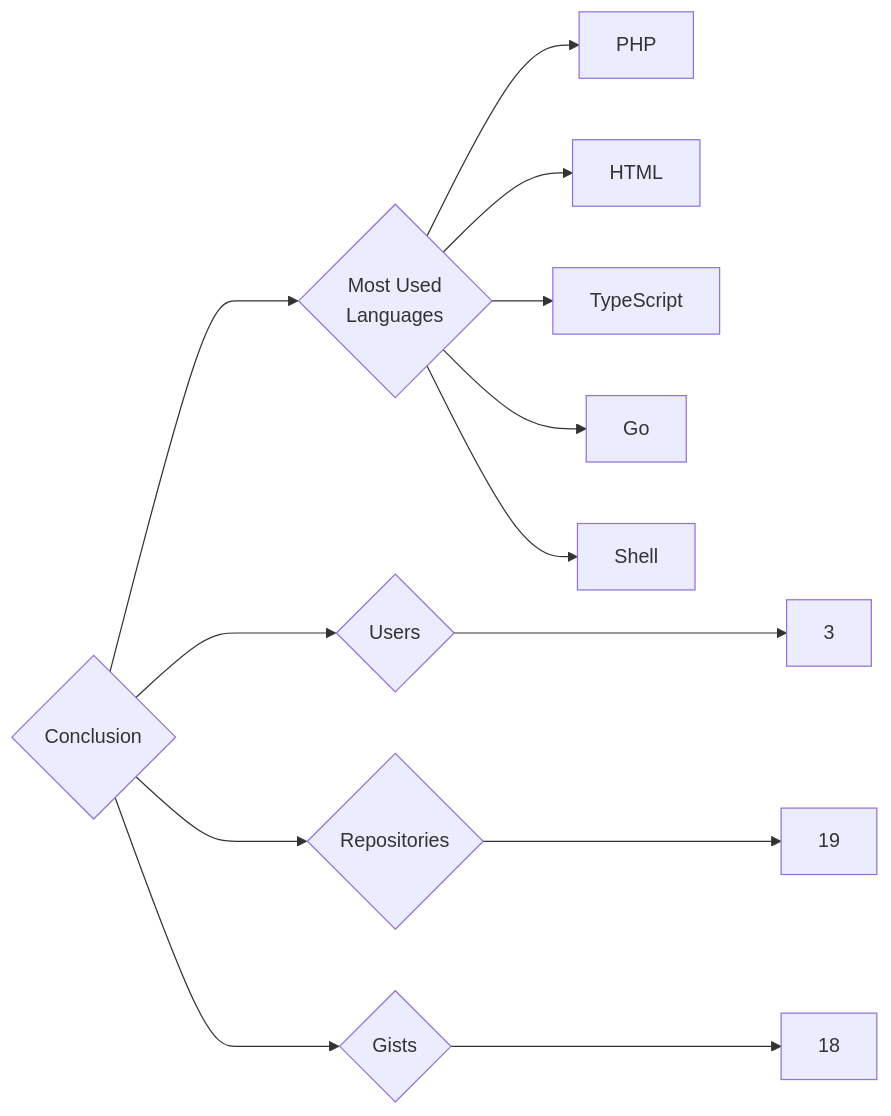
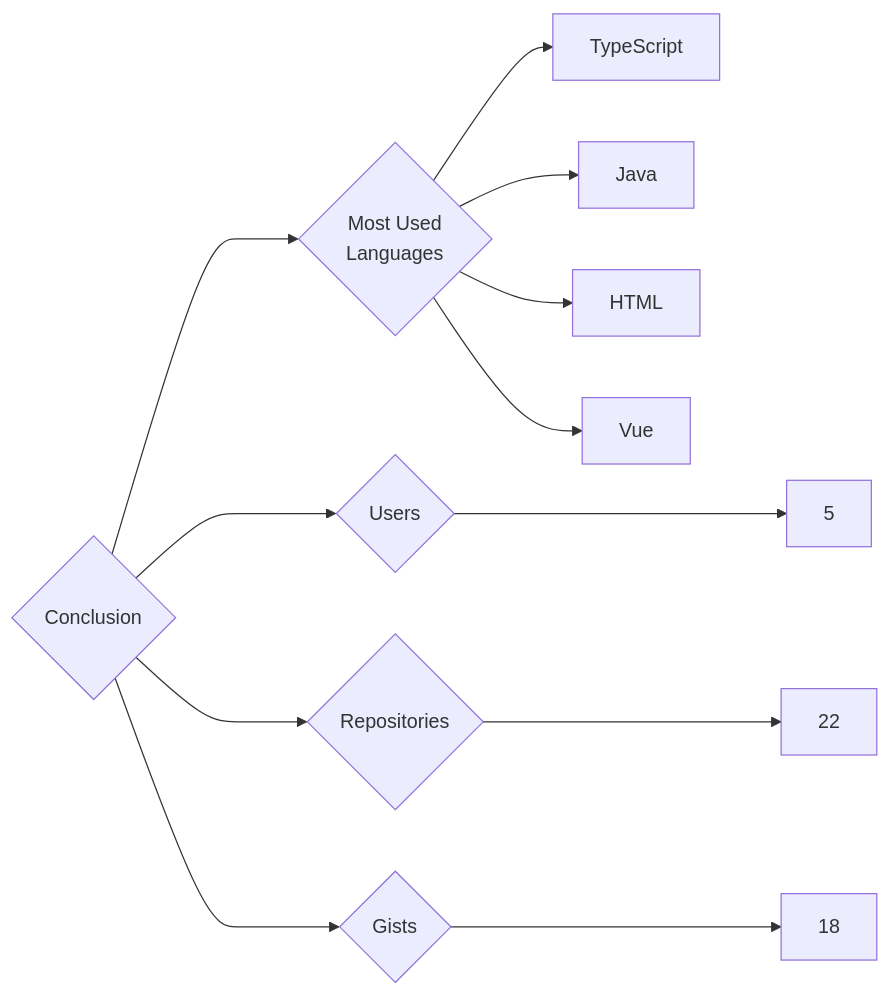
One commit to trickest/insiders changed the diagram in targets/Conclusion/README.md. Above: the diagram before and after it, drawn with Mermaid. The commit also changed 1167 other files, not shown here.

````diff
--- a/targets/Conclusion/README.md
+++ b/targets/Conclusion/README.md
@@ -3,13 +3,12 @@
 ```mermaid
 graph LR
 COMPANY_NAME{Conclusion}
-COMPANY_NAME ---> U{Users} ---> UN[3]
-COMPANY_NAME ---> R{Repositories} ---> RN[19]
+COMPANY_NAME ---> U{Users} ---> UN[5]
+COMPANY_NAME ---> R{Repositories} ---> RN[22]
 COMPANY_NAME ---> G{Gists} ---> GN[18]
 COMPANY_NAME ---> ML{Most Used<br>Languages}
-ML --> PHP[PHP]
+ML --> TypeScript[TypeScript]
+ML --> Java[Java]
 ML --> HTML[HTML]
-ML --> TypeScript[TypeScript]
-ML --> Go[Go]
-ML --> Shell[Shell]
+ML --> Vue[Vue]
 ```
````
